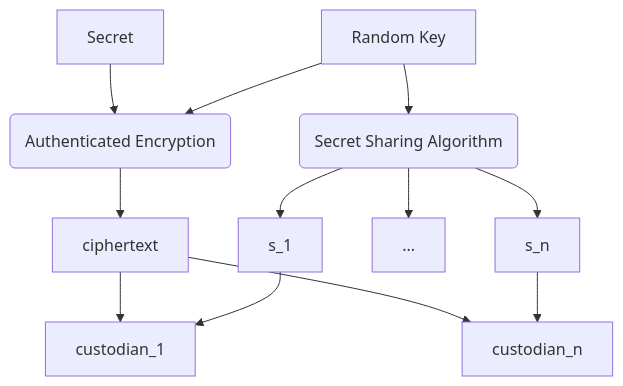
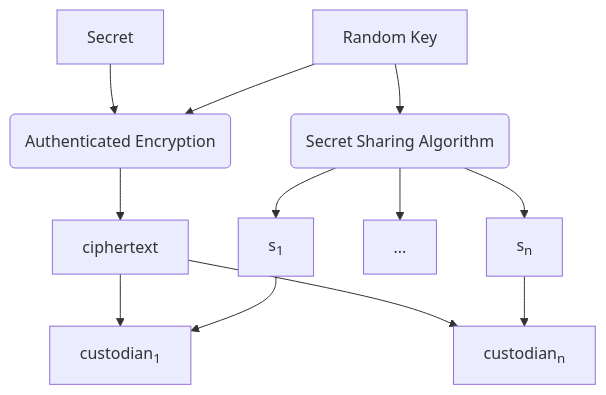
Before and after one commit to cryptpad/blueprints: the first of 2 diagrams in feature-proposals/secretsharing.md, drawn with Mermaid. The commit also changed other lines of this file, not shown here.

Commit message:
Graphs with mermaid in secret sharing

````diff
--- a/feature-proposals/secretsharing.md
+++ b/feature-proposals/secretsharing.md
@@ -50,15 +51,15 @@
-```mermaid
+<pre class="mermaid">
 graph TD
 
 Secret --> AE(Authenticated Encryption)
 
 K[Random Key] --> AE --> ciphertext
 
 K --> SSA(Secret Sharing Algorithm)
-SSA --> s_1
+SSA --> s_1["s<sub>1</sub>"]
 SSA --> ...
-SSA --> s_n
+SSA --> s_n["s<sub>n</sub>"]
 
-ciphertext & s_1 --> custodian_1
-ciphertext & s_n --> custodian_n
-```
+ciphertext & s_1 --> custodian_1["custodian<sub>1</sub>"]
+ciphertext & s_n --> custodian_n["custodian<sub>n</sub>"]
+</pre>
````
